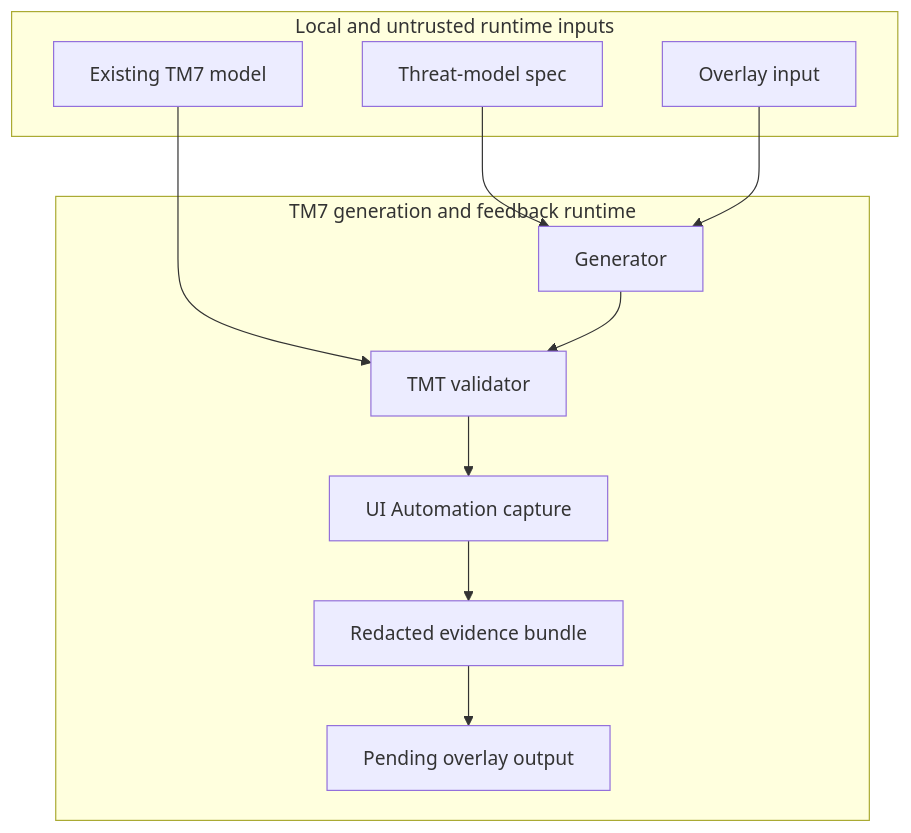
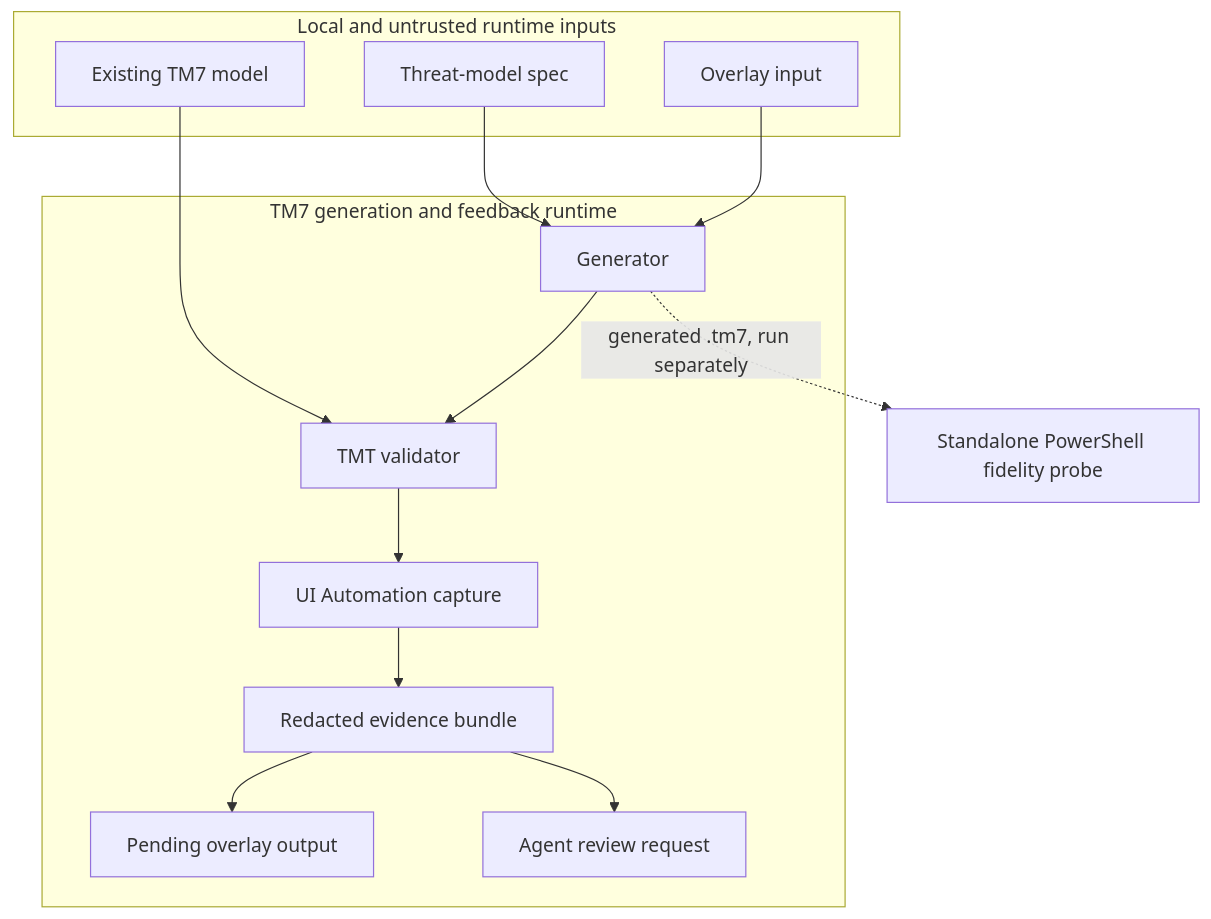
The diagram in .github/skills/project-planning/security-planning/SECURITY.md (microsoft/hve-core), drawn with Mermaid before and after one commit. The commit also changed other lines of this file and 2 other files, not shown here.

First line of the commit message:
docs(security-planning): address review of the security model refresh

````diff
--- a/.github/skills/project-planning/security-planning/SECURITY.md
+++ b/.github/skills/project-planning/security-planning/SECURITY.md
@@ -60,22 +62,26 @@
 ```mermaid
 flowchart TD
     subgraph INPUT["Local and untrusted runtime inputs"]
         SPEC["Threat-model spec"]
         OVERLAY["Overlay input"]
         MODEL["Existing TM7 model"]
     end
     subgraph RUNTIME["TM7 generation and feedback runtime"]
         GEN["Generator"]
         VALIDATE["TMT validator"]
         UIA["UI Automation capture"]
         EVIDENCE["Redacted evidence bundle"]
         OVERLAYOUT["Pending overlay output"]
+        REVIEW["Agent review request"]
     end
+    PROBE["Standalone PowerShell fidelity probe"]
     SPEC --> GEN
     OVERLAY --> GEN
     MODEL --> VALIDATE
     GEN --> VALIDATE
+    GEN -. "generated .tm7, run separately" .-> PROBE
     VALIDATE --> UIA
     UIA --> EVIDENCE
     EVIDENCE --> OVERLAYOUT
+    EVIDENCE --> REVIEW
 ```
````
